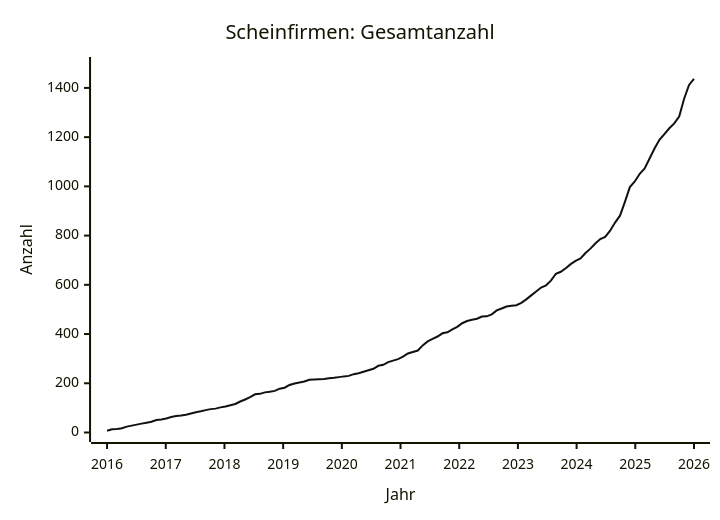
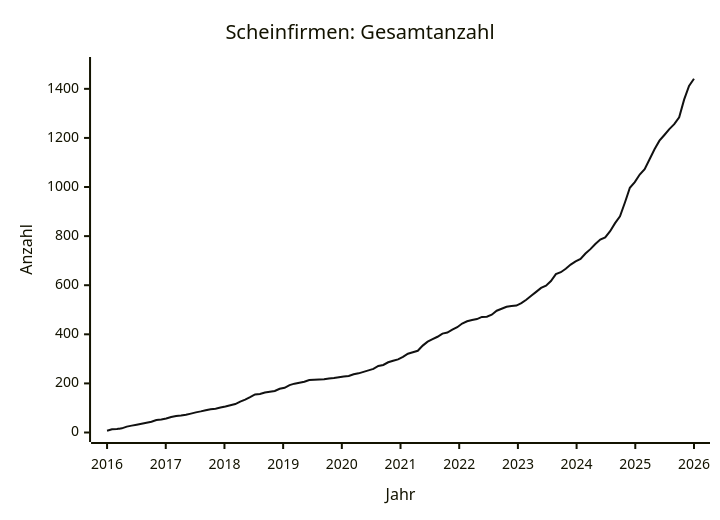
One commit to arjoma/scheinfirmen-at changed the diagram in data/STATS.md. Above: the diagram before and after it, drawn with Mermaid. The commit also changed other lines of this file and 3 other files, not shown here.

````diff
--- a/data/STATS.md
+++ b/data/STATS.md
@@ -9,13 +9,13 @@
 ```mermaid
 ---
 config:
   themeVariables:
     xyChart:
       plotColorPalette: "#111111"
 ---
 xychart-beta
     title "Scheinfirmen: Gesamtanzahl"
     x-axis "Jahr" 2016 --> 2026
-    y-axis "Anzahl" 0 --> 1487
-    line [7, 13, 14, 17, 24, 28, 32, 36, 40, 44, 51, 53, 57, 63, 67, 69, 72, 77, 82, 86, 91, 95, 97, 102, 106, 111, 116, 126, 134, 144, 155, 157, 163, 166, 169, 178, 182, 193, 199, 203, 207, 214, 215, 216, 217, 220, 222, 225, 228, 230, 237, 241, 247, 253, 259, 271, 275, 286, 292, 298, 308, 321, 327, 333, 354, 370, 380, 390, 403, 407, 419, 429, 444, 453, 458, 462, 471, 472, 480, 496, 504, 512, 515, 517, 527, 541, 557, 573, 589, 598, 617, 645, 653, 667, 684, 697, 707, 729, 747, 768, 786, 795, 820, 853, 881, 937, 997, 1020, 1051, 1073, 1113, 1154, 1189, 1212, 1236, 1256, 1284, 1356, 1412, 1437]
+    y-axis "Anzahl" 0 --> 1491
+    line [7, 13, 14, 17, 24, 28, 32, 36, 40, 44, 51, 53, 57, 63, 67, 69, 72, 77, 82, 86, 91, 95, 97, 102, 106, 111, 116, 126, 134, 144, 155, 157, 163, 166, 169, 178, 182, 193, 199, 203, 207, 214, 215, 216, 217, 220, 222, 225, 228, 230, 237, 241, 247, 253, 259, 271, 275, 286, 292, 298, 308, 321, 327, 333, 354, 370, 380, 390, 403, 407, 419, 429, 444, 453, 458, 462, 471, 472, 480, 496, 504, 512, 515, 517, 527, 541, 557, 573, 589, 598, 617, 645, 653, 667, 684, 697, 707, 729, 747, 768, 786, 795, 820, 853, 881, 937, 997, 1020, 1051, 1073, 1113, 1154, 1189, 1212, 1236, 1256, 1284, 1356, 1412, 1441]
 ```
````
